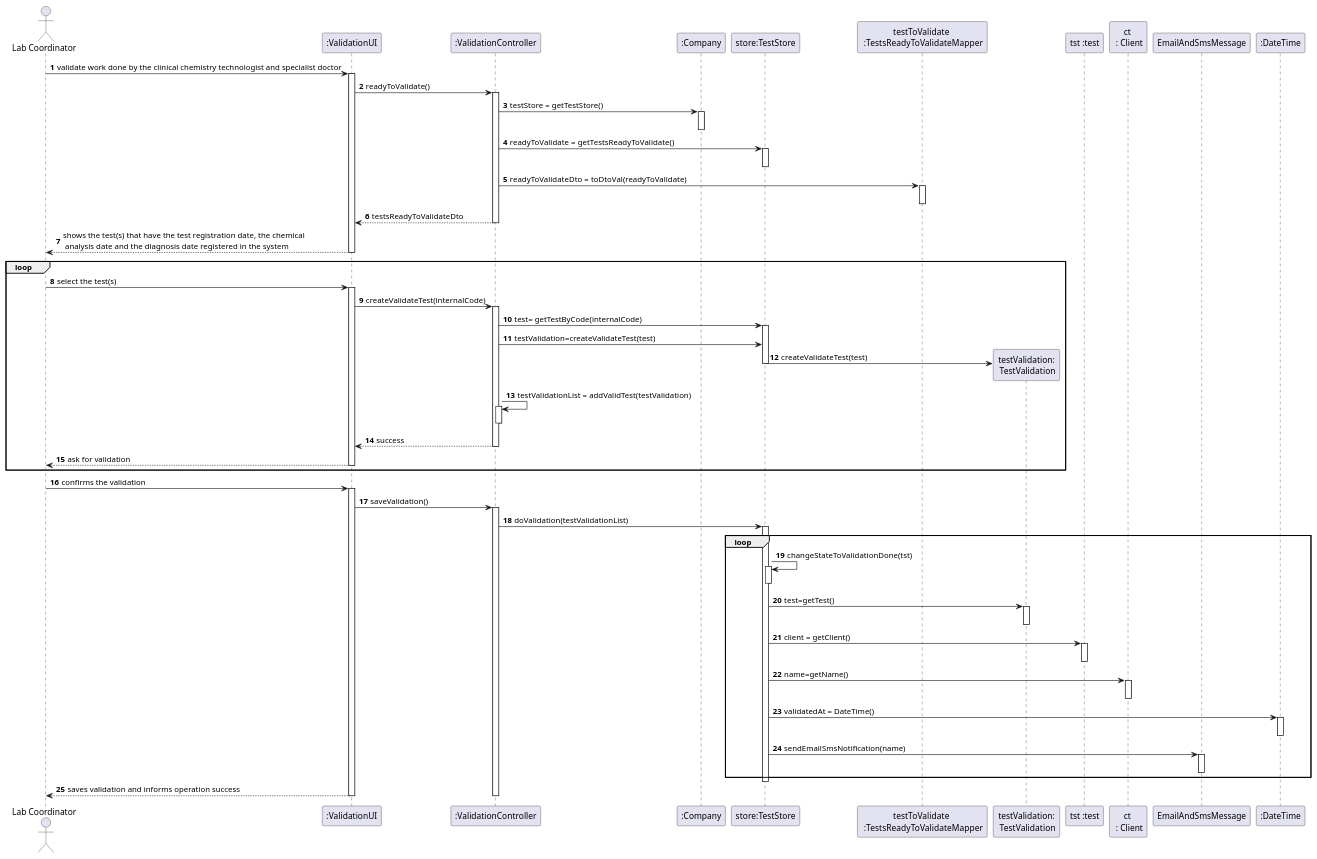
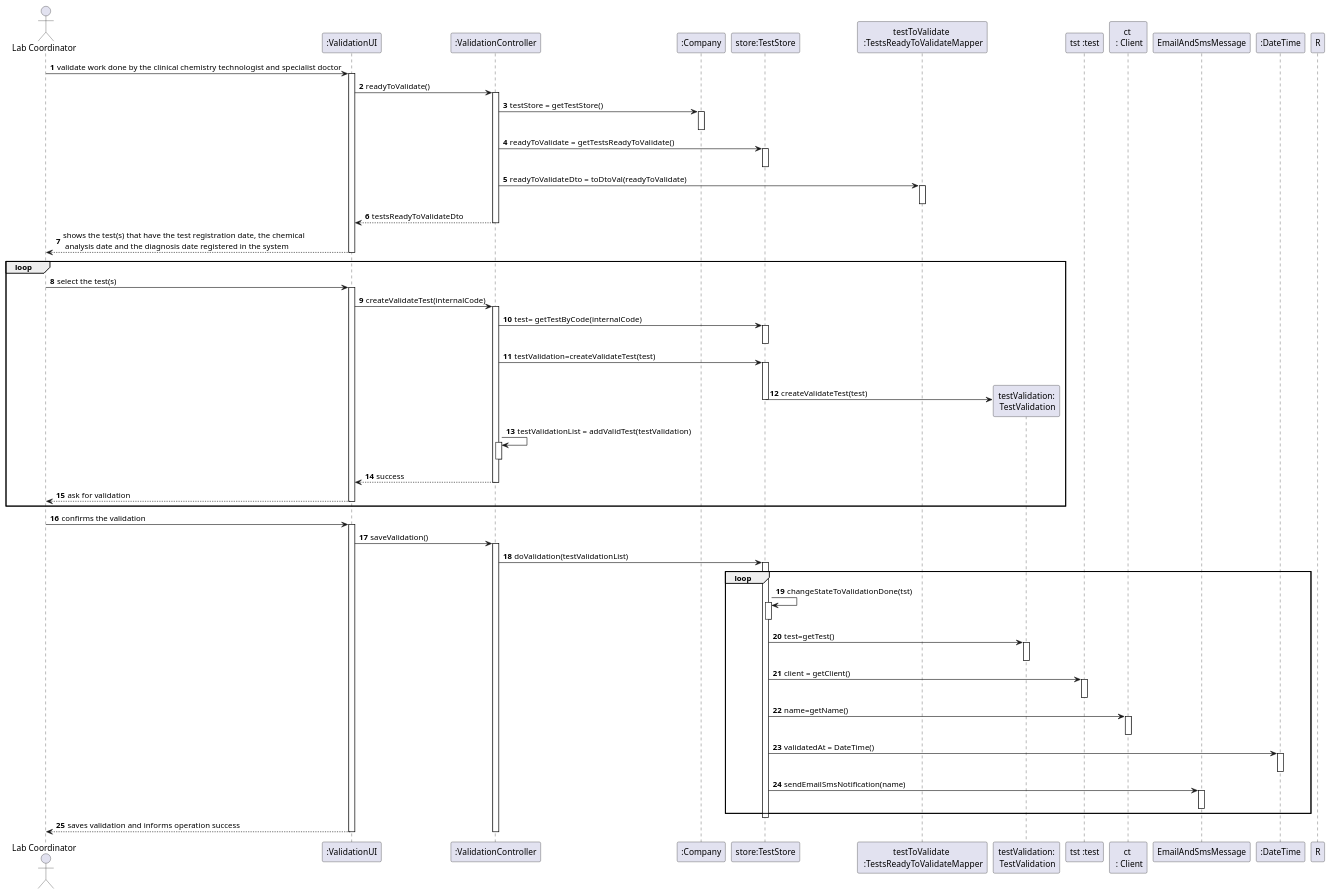
One commit to GuilhermeCunha79/lapr2 changed the diagram in docs/SprintC/US15/UC15_SD.puml. Above: the diagram before and after it, drawn with PlantUML. The commit also changed 6 other files, not shown here.

```diff
--- a/docs/SprintC/US15/UC15_SD.puml
+++ b/docs/SprintC/US15/UC15_SD.puml
@@ -1,95 +1,98 @@
 @startuml
 autonumber
 'hide footbox
 actor "Lab Coordinator" as LC
 
 participant ":ValidationUI" as UI
 participant ":ValidationController" as CTRL
 participant ":Company" as C
 participant "store:TestStore" as TS
 participant "testToValidate \n :TestsReadyToValidateMapper" as TVM
 participant "testValidation:\n TestValidation" as TV
 participant "tst :test" as TST
 participant "ct \n : Client" as CT
 participant "EmailAndSmsMessage" as EM
 participant ":DateTime" as DT
 
 LC -> UI : validate work done by the clinical chemistry technologist and specialist doctor
 activate UI
     UI -> CTRL : readyToValidate()
     activate CTRL
     CTRL -> C : testStore = getTestStore()
     activate C
     deactivate C
     CTRL -> TS : readyToValidate = getTestsReadyToValidate()
     activate TS
     deactivate TS
     CTRL -> TVM : readyToValidateDto = toDtoVal(readyToValidate)
     activate TVM
     deactivate TVM
     deactivate TVM
     CTRL --> UI : testsReadyToValidateDto
     deactivate CTRL
     UI --> LC : shows the test(s) that have the test registration date, the chemical\n analysis date and the diagnosis date registered in the system
 deactivate UI
 loop
 LC -> UI : select the test(s)
 activate UI
 
 UI -> CTRL : createValidateTest(internalCode)
 activate CTRL
 CTRL -> TS : test= getTestByCode(internalCode)
 activate TS
+deactivate TS
 CTRL -> TS : testValidation=createValidateTest(test)
+activate TS
+deactivate R
 TS-> TV** : createValidateTest(test)
 deactivate TS
 
 
 
 CTRL -> CTRL : testValidationList = addValidTest(testValidation)
 activate CTRL
 deactivate CTRL
 CTRL --> UI : success
 deactivate CTRL
 
     UI --> LC : ask for validation
     deactivate CTRL
 deactivate UI
 end
 LC -> UI : confirms the validation
 activate UI
     UI -> CTRL : saveValidation()
     activate CTRL
     CTRL -> TS : doValidation(testValidationList)
     loop
     activate TS
     TS -> TS : changeStateToValidationDone(tst)
     activate TS
     deactivate TS
     TS -> TV : test=getTest()
     activate TV
     deactivate TV
     TS -> TST : client = getClient()
     activate TST
     deactivate TST
     TS -> CT : name=getName()
     activate CT
     deactivate CT
     TS -> DT : validatedAt = DateTime()
     activate DT
         deactivate DT
     TS -> EM : sendEmailSmsNotification(name)
     activate EM
         deactivate EM
    end
 
 
     deactivate TS
 
 
 UI --> LC : saves validation and informs operation success
 deactivate C
 deactivate UI
 deactivate CTRL
 
 @enduml
```
